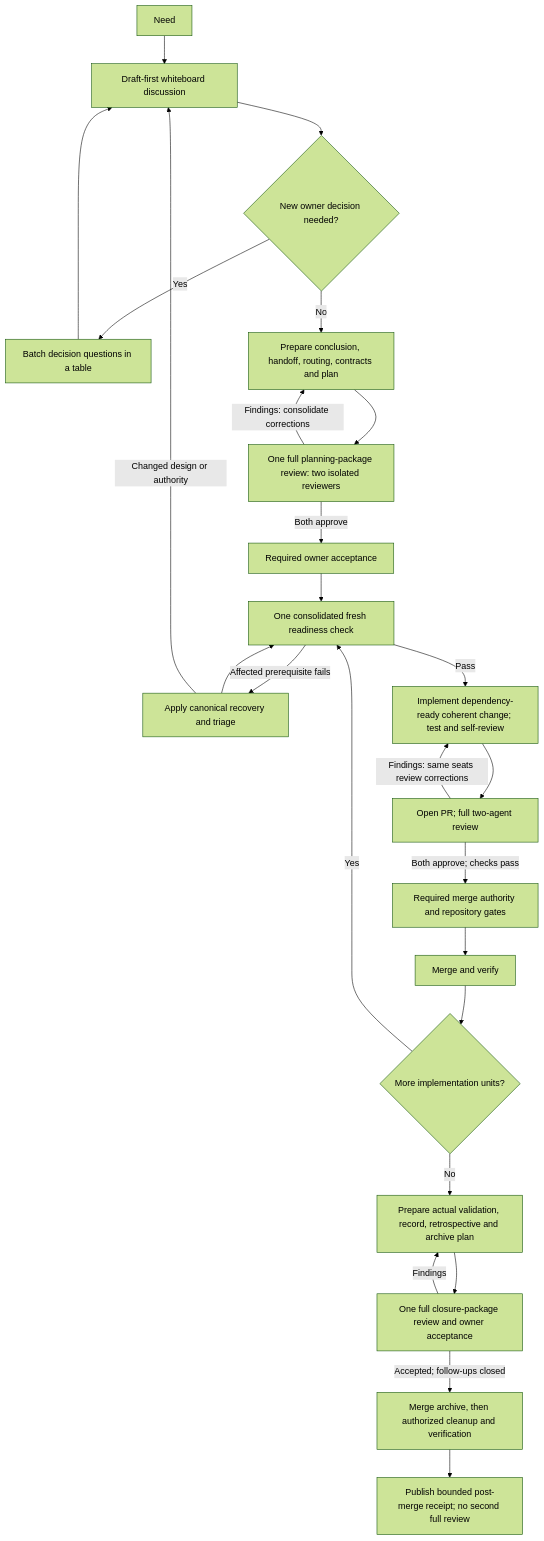
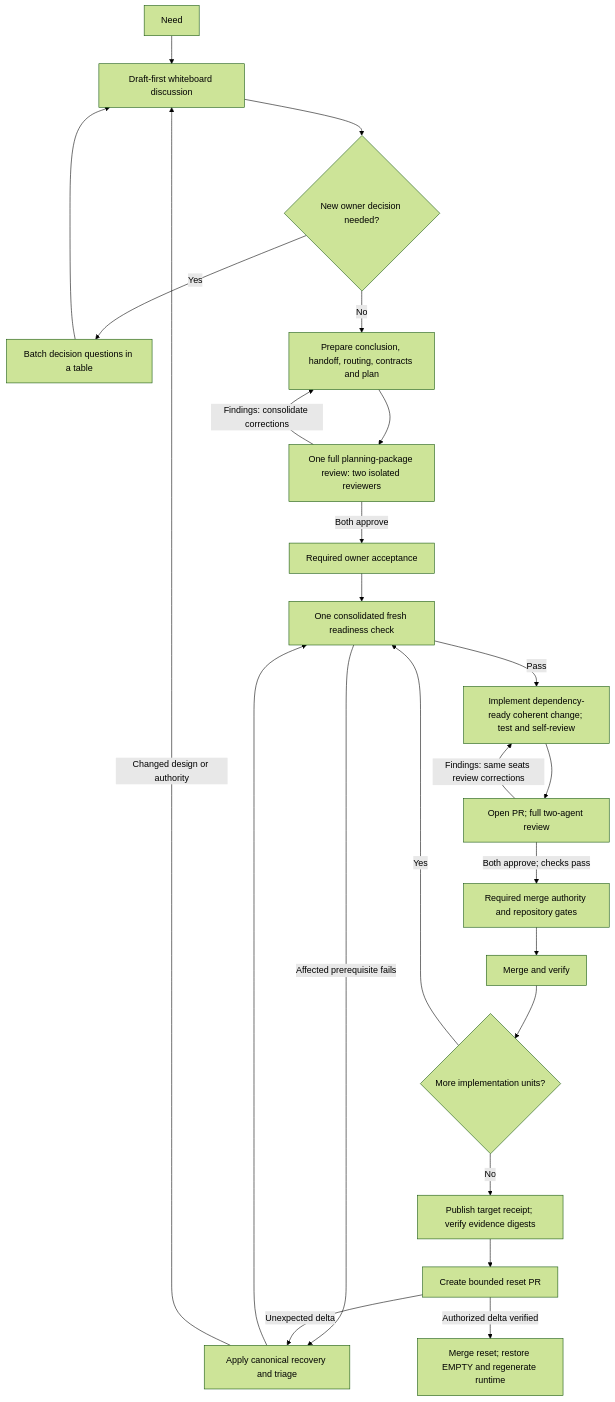
One commit to hhhhhusky777/spec-driven-delivery-playbook changed the first of 4 diagrams in README.md. Above: the diagram before and after it, drawn with Mermaid (forest theme). The commit also changed other lines of this file and 48 other files, not shown here.

First line of the commit message:
Deliver v5 PR evidence and reset contract (#65)

````diff
--- a/README.md
+++ b/README.md
@@ -130,27 +137,26 @@
 ```mermaid
 flowchart TD
     N["Need"] --> W["Draft-first whiteboard discussion"]
     W --> Q{"New owner decision needed?"}
     Q -->|"Yes"| O["Batch decision questions in a table"]
     O --> W
     Q -->|"No"| P["Prepare conclusion, handoff, routing, contracts and plan"]
     P --> R["One full planning-package review: two isolated reviewers"]
     R -->|"Findings: consolidate corrections"| P
     R -->|"Both approve"| A["Required owner acceptance"]
     A --> C["One consolidated fresh readiness check"]
     C -->|"Affected prerequisite fails"| F["Apply canonical recovery and triage"]
     F --> C
     F -->|"Changed design or authority"| W
     C -->|"Pass"| I["Implement dependency-ready coherent change; test and self-review"]
     I --> PR["Open PR; full two-agent review"]
     PR -->|"Findings: same seats review corrections"| I
     PR -->|"Both approve; checks pass"| M["Required merge authority and repository gates"]
     M --> V["Merge and verify"]
     V --> T{"More implementation units?"}
     T -->|"Yes"| C
-    T -->|"No"| CL["Prepare actual validation, record, retrospective and archive plan"]
-    CL --> CR["One full closure-package review and owner acceptance"]
-    CR -->|"Findings"| CL
-    CR -->|"Accepted; follow-ups closed"| AR["Merge archive, then authorized cleanup and verification"]
-    AR --> RC["Publish bounded post-merge receipt; no second full review"]
+    T -->|"No"| RR["Publish target receipt; verify evidence digests"]
+    RR --> RP["Create bounded reset PR"]
+    RP -->|"Unexpected delta"| F
+    RP -->|"Authorized delta verified"| Z["Merge reset; restore EMPTY and regenerate runtime"]
 ```
````
